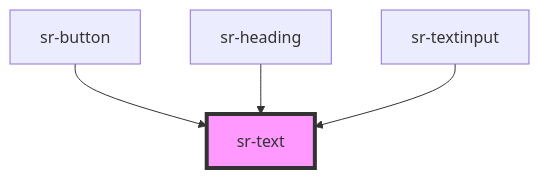
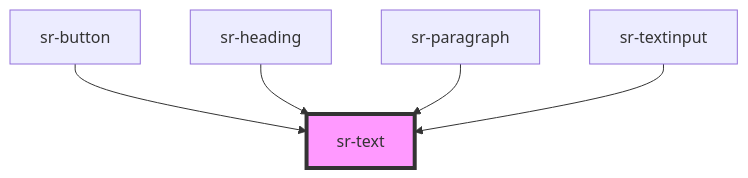
The diagram in src/components/primitives/sr-text/readme.md (tonyblu331/spotify-replay-design-system), drawn with Mermaid before and after one commit. The commit also changed other lines of this file and 2 other files, not shown here.

Commit message:
fix paragraph

````diff
--- a/src/components/primitives/sr-text/readme.md
+++ b/src/components/primitives/sr-text/readme.md
@@ -39,7 +40,8 @@
 ```mermaid
 graph TD;
   sr-button --> sr-text
   sr-heading --> sr-text
+  sr-paragraph --> sr-text
   sr-textinput --> sr-text
   style sr-text fill:#f9f,stroke:#333,stroke-width:4px
 ```
````
